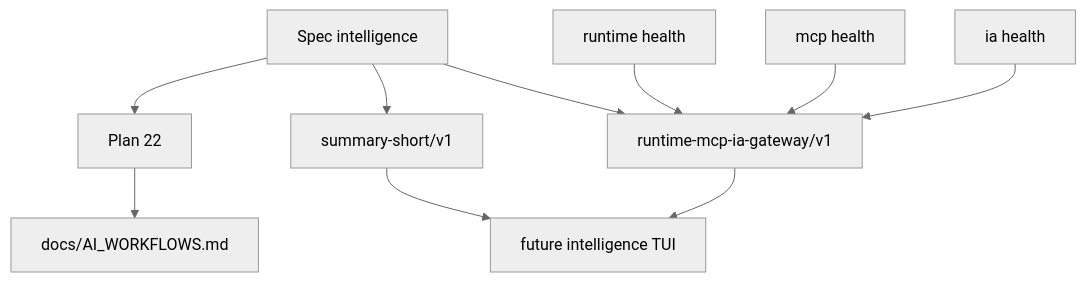
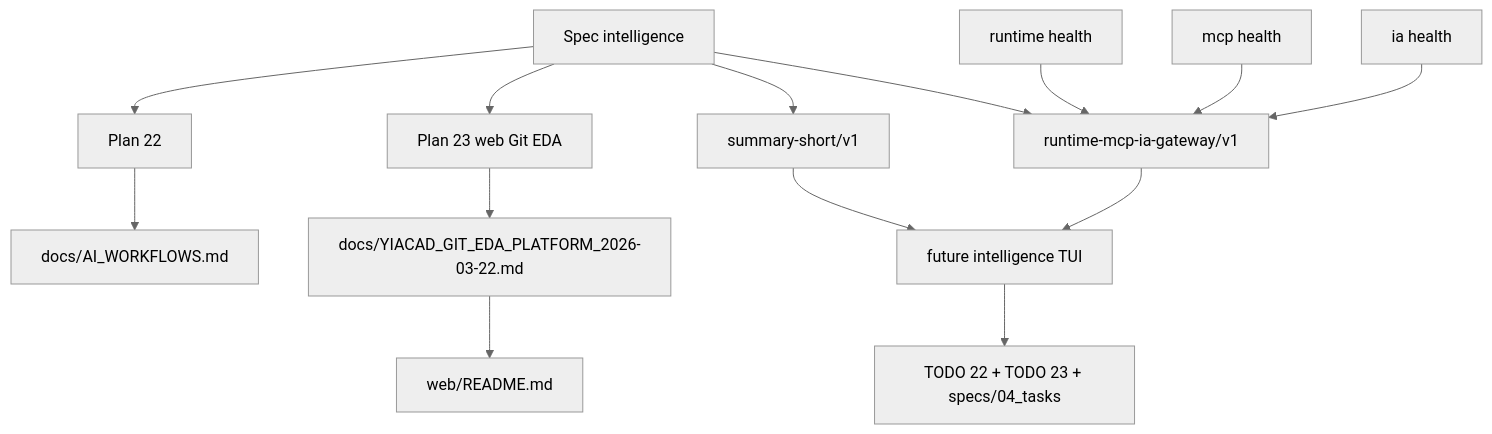
Before and after one commit to electron-rare/Kill_LIFE: the diagram in ai-agentic-embedded-base/specs/agentic_intelligence_integration_spec.md, drawn with Mermaid (neutral theme). The commit also changed other lines of this file and 51 other files, not shown here.

````diff
--- a/ai-agentic-embedded-base/specs/agentic_intelligence_integration_spec.md
+++ b/ai-agentic-embedded-base/specs/agentic_intelligence_integration_spec.md
@@ -142,12 +204,16 @@
 ```mermaid
 flowchart TD
   Spec["Spec intelligence"] --> Plan["Plan 22"]
+  Spec --> WebPlan["Plan 23 web Git EDA"]
   Spec --> Summary["summary-short/v1"]
   Spec --> Gateway["runtime-mcp-ia-gateway/v1"]
   Plan --> AIFlows["docs/AI_WORKFLOWS.md"]
+  WebPlan --> WebDocs["docs/YIACAD_GIT_EDA_PLATFORM_2026-03-22.md"]
+  WebDocs --> WebReadme["web/README.md"]
   Runtime["runtime health"] --> Gateway
   MCP["mcp health"] --> Gateway
   IA["ia health"] --> Gateway
   Summary --> FutureTUI["future intelligence TUI"]
   Gateway --> FutureTUI
+  FutureTUI --> WebBacklog["TODO 22 + TODO 23 + specs/04_tasks"]
 ```
````
